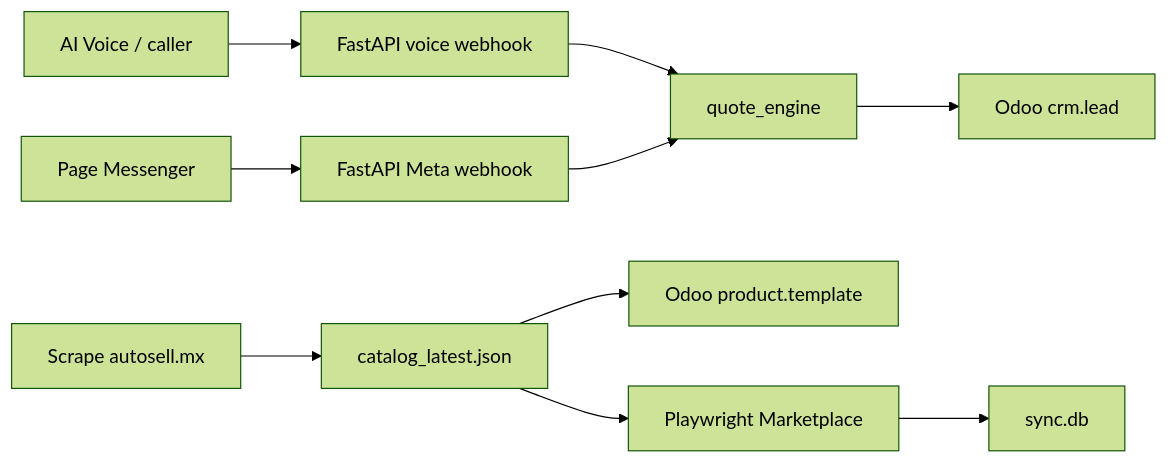
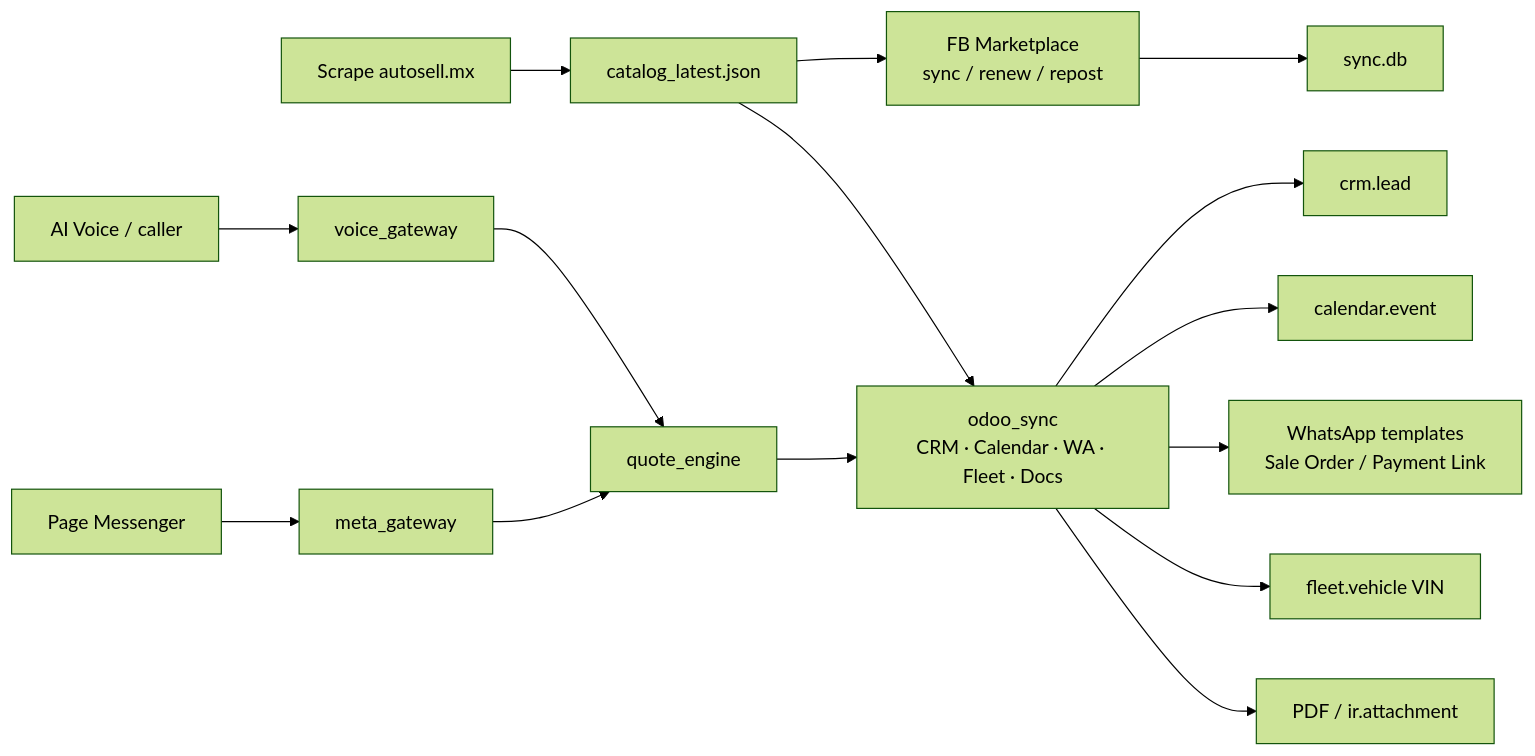
One commit to mg22mex/auto-upload changed the first of 2 diagrams in README.md. Above: the diagram before and after it, drawn with Mermaid (forest theme). The commit also changed other lines of this file and 16 other files, not shown here.

Commit message:
feat: Implement modular Odoo sync (WhatsApp, Fleet VIN, Documents) and update pipeline docs

````diff
--- a/README.md
+++ b/README.md
@@ -30,24 +31,33 @@
 ```mermaid
 flowchart LR
-    CALLER["AI Voice / caller"]
-    WEBHOOK["FastAPI voice webhook"]
-    MSG["Page Messenger"]
-    META["FastAPI Meta webhook"]
-    QUOTE["quote_engine"]
-    LEAD["Odoo crm.lead"]
     SC["Scrape autosell.mx"]
     SNAP["catalog_latest.json"]
-    ERP["Odoo product.template"]
-    FB["Playwright Marketplace"]
+    FB["FB Marketplace<br/>sync / renew / repost"]
     DB["sync.db"]
+    CALLER["AI Voice / caller"]
+    VG["voice_gateway"]
+    QE["quote_engine"]
+    ODOO["odoo_sync<br/>CRM · Calendar · WA · Fleet · Docs"]
+    LEAD["crm.lead"]
+    CAL["calendar.event"]
+    WA["WhatsApp templates<br/>Sale Order / Payment Link"]
+    FLEET["fleet.vehicle VIN"]
+    PDF["PDF / ir.attachment"]
+    MSG["Page Messenger"]
+    META["meta_gateway"]
 
-    CALLER --> WEBHOOK
-    WEBHOOK --> QUOTE
-    MSG --> META
-    META --> QUOTE
-    QUOTE --> LEAD
     SC --> SNAP
-    SNAP --> ERP
     SNAP --> FB
     FB --> DB
+    SNAP --> ODOO
+    CALLER --> VG
+    VG --> QE
+    QE --> ODOO
+    ODOO --> LEAD
+    ODOO --> CAL
+    ODOO --> WA
+    ODOO --> FLEET
+    ODOO --> PDF
+    MSG --> META
+    META --> QE
 ```
````
